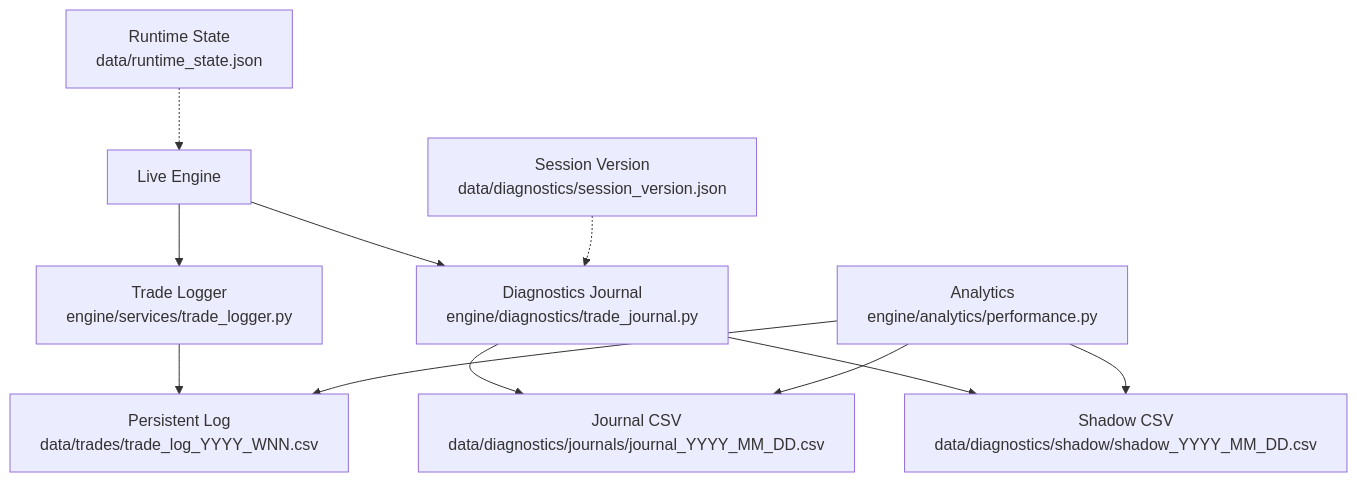
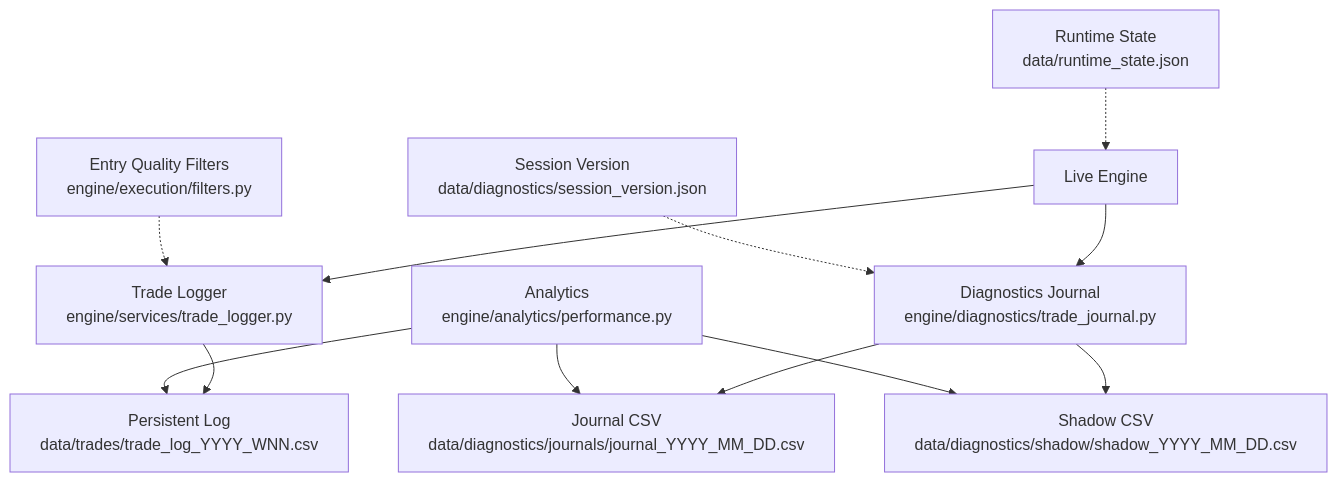
The first of 6 diagrams in .qoder/repowiki/en/content/Monitoring and Analytics/Trade Journaling.md (tauqeersiddiqui-art/tradingsystem), drawn with Mermaid before and after one commit. The commit also changed other lines of this file and 71 other files, not shown here.

Commit message:
Add rejection-first entry quality filters, entry-quality ML target with fail-hard pipeline, post-trade loss classification, and reproducible Phase-8 backtest

````diff
--- a/.qoder/repowiki/en/content/Monitoring and Analytics/Trade Journaling.md
+++ b/.qoder/repowiki/en/content/Monitoring and Analytics/Trade Journaling.md
@@ -41,13 +50,14 @@
 ```mermaid
 graph TB
 A["Live Engine"] --> B["Trade Logger<br/>engine/services/trade_logger.py"]
 A --> C["Diagnostics Journal<br/>engine/diagnostics/trade_journal.py"]
 B --> D["Persistent Log<br/>data/trades/trade_log_YYYY_WNN.csv"]
 C --> E["Journal CSV<br/>data/diagnostics/journals/journal_YYYY_MM_DD.csv"]
 C --> F["Shadow CSV<br/>data/diagnostics/shadow/shadow_YYYY_MM_DD.csv"]
 G["Analytics<br/>engine/analytics/performance.py"] --> D
 G --> E
 G --> F
 H["Session Version<br/>data/diagnostics/session_version.json"] -.-> C
 I["Runtime State<br/>data/runtime_state.json"] -.-> A
+J["Entry Quality Filters<br/>engine/execution/filters.py"] -.-> B
 ```
````
